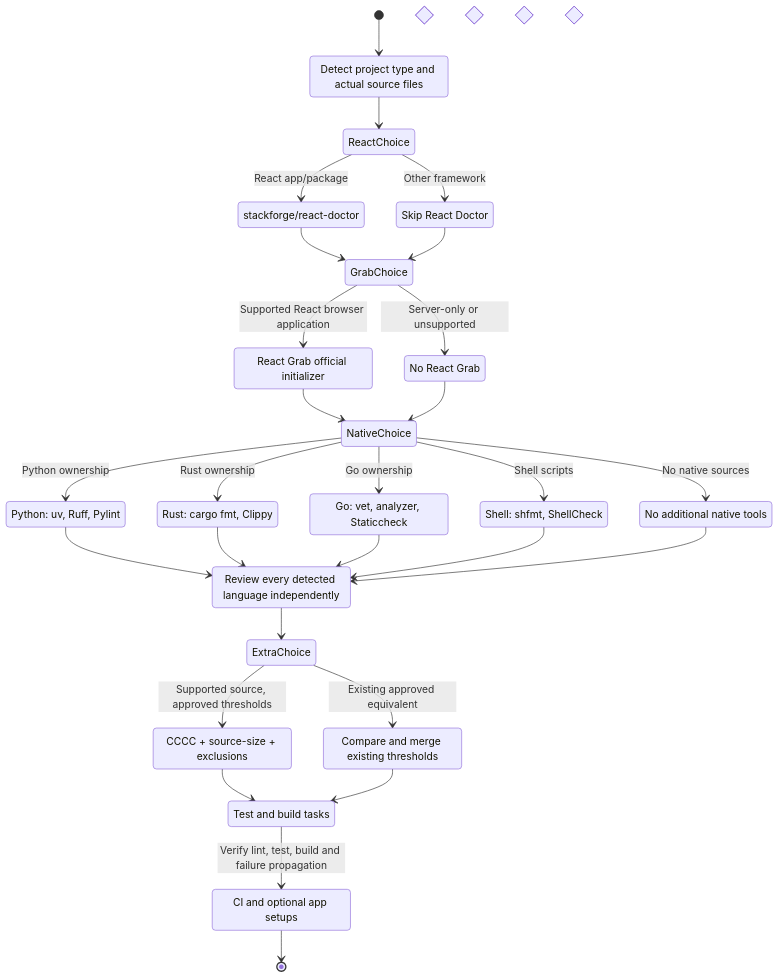
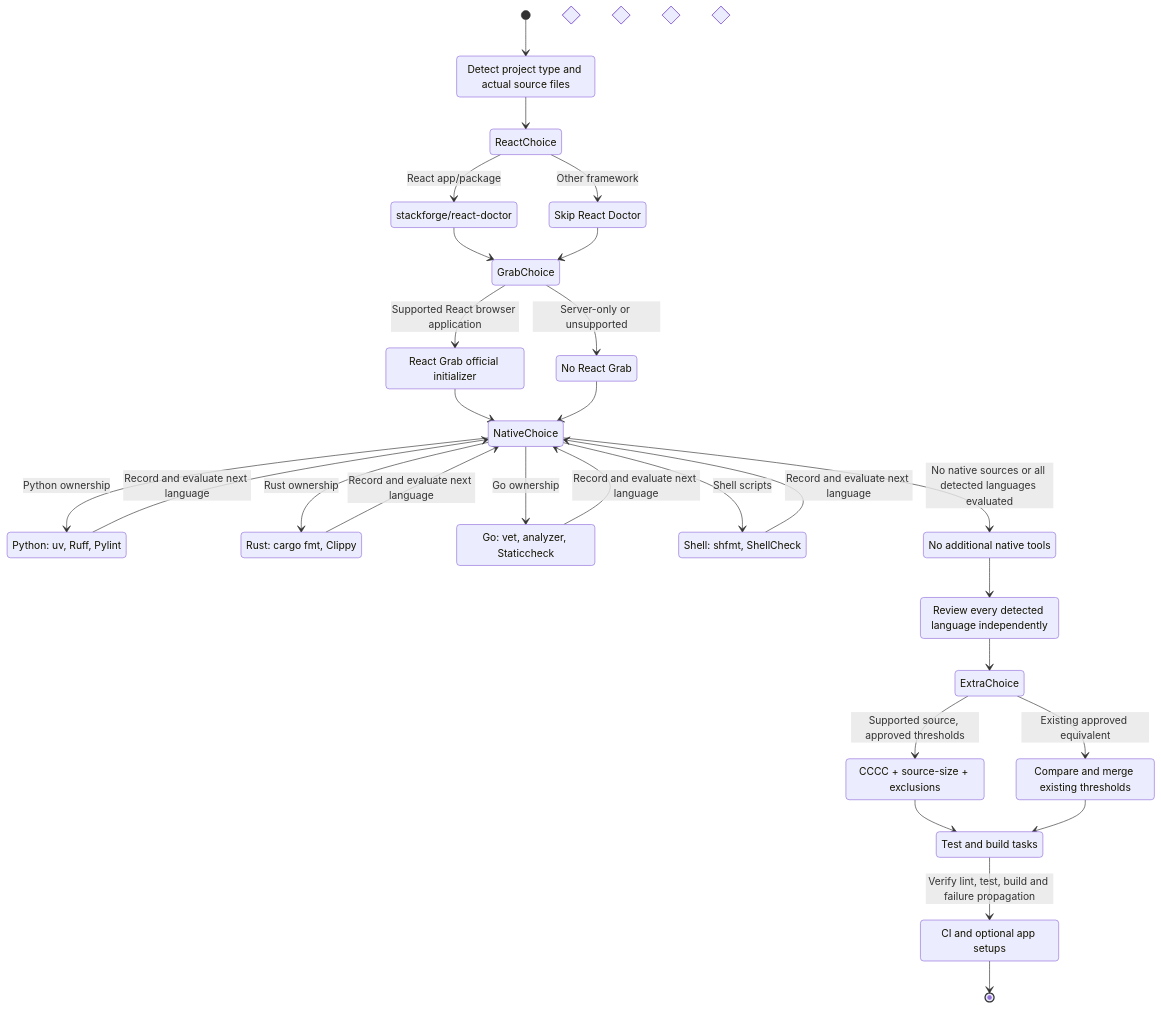
The second of 5 diagrams in docs/setup-selection-all-options.md (AcidicSoil/anti-slop), drawn with Mermaid before and after one commit. The commit also changed other lines of this file and 7 other files, not shown here.

````diff
--- a/docs/setup-selection-all-options.md
+++ b/docs/setup-selection-all-options.md
@@ -80,55 +80,55 @@
 ```mermaid
 stateDiagram-v2
     direction TB
     [*] --> Detect
     state "Detect project type and actual source files" as Detect
     state "React source?" as ReactChoice <<choice>>
     Detect --> ReactChoice
     state "stackforge/react-doctor" as ReactDoctor
     state "Skip React Doctor" as NoDoctor
     ReactChoice --> ReactDoctor: React app/package
     ReactChoice --> NoDoctor: Other framework
 
     state "React browser entrypoint?" as GrabChoice <<choice>>
     ReactDoctor --> GrabChoice
     NoDoctor --> GrabChoice
     state "React Grab official initializer" as Grab
     state "No React Grab" as NoGrab
     GrabChoice --> Grab: Supported React browser application
     GrabChoice --> NoGrab: Server-only or unsupported
 
     state "Native source?" as NativeChoice <<choice>>
     Grab --> NativeChoice
     NoGrab --> NativeChoice
     state "Python: uv, Ruff, Pylint" as Python
     state "Rust: cargo fmt, Clippy" as Rust
     state "Go: vet, analyzer, Staticcheck" as Go
     state "Shell: shfmt, ShellCheck" as Shell
     state "No additional native tools" as None
     NativeChoice --> Python: Python ownership
     NativeChoice --> Rust: Rust ownership
     NativeChoice --> Go: Go ownership
     NativeChoice --> Shell: Shell scripts
-    NativeChoice --> None: No native sources
+    NativeChoice --> None: No native sources or all detected languages evaluated
 
     state "Review every detected language independently" as EveryLanguage
-    Python --> EveryLanguage
-    Rust --> EveryLanguage
-    Go --> EveryLanguage
-    Shell --> EveryLanguage
+    Python --> NativeChoice: Record and evaluate next language
+    Rust --> NativeChoice: Record and evaluate next language
+    Go --> NativeChoice: Record and evaluate next language
+    Shell --> NativeChoice: Record and evaluate next language
     None --> EveryLanguage
 
     state "Security and size checks?" as ExtraChoice <<choice>>
     EveryLanguage --> ExtraChoice
     state "CCCC + source-size + exclusions" as Budgets
     state "Compare and merge existing thresholds" as ExistingBudgets
     ExtraChoice --> Budgets: Supported source, approved thresholds
     ExtraChoice --> ExistingBudgets: Existing approved equivalent
 
     state "Test and build tasks" as Tasks
     Budgets --> Tasks
     ExistingBudgets --> Tasks
     state "CI and optional app setups" as CI
     Tasks --> CI: Verify lint, test, build and failure propagation
     CI --> [*]
 ```
````
